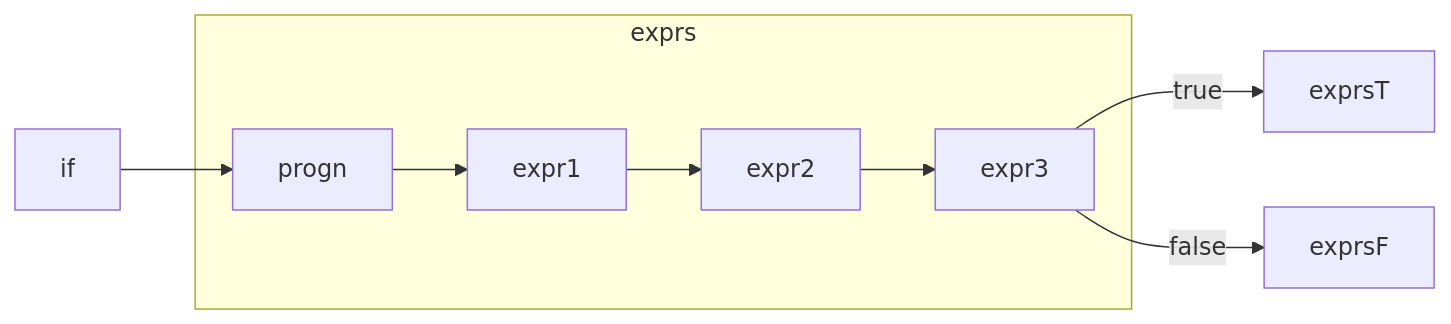
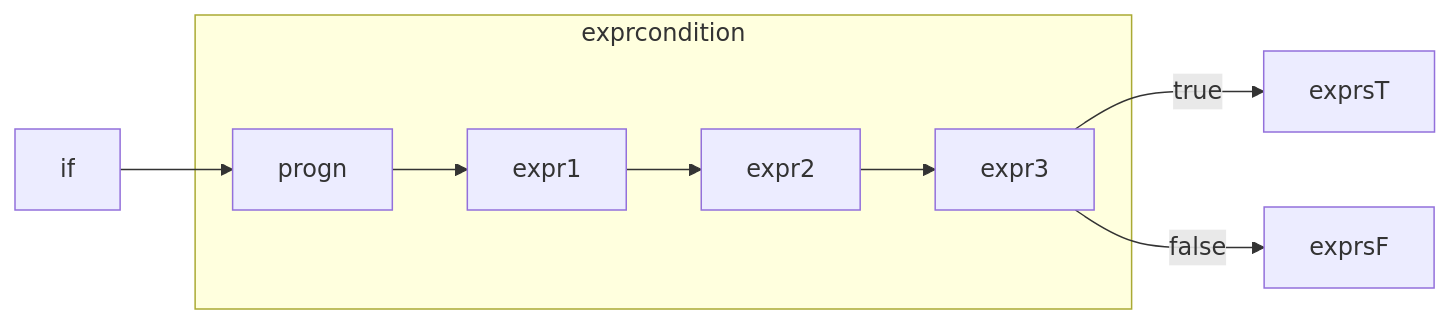
One commit to atlisp-org/atlisp-docs changed the third of 3 diagrams in Lisp进阶/lisp.org. Above: the diagram before and after it, drawn with Mermaid.

```diff
--- a/Lisp进阶/lisp.org
+++ b/Lisp进阶/lisp.org
@@ -106,12 +106,12 @@
  #+begin_src mermaid
 
    flowchart LR
       if --> progn   
-      subgraph exprs
+      subgraph exprcondition
           progn --> expr1       
           expr1 --> expr2 --> expr3
       end
    expr3 -->|true| exprsT
    expr3 -->|false| exprsF   
 
  #+end_src
```
